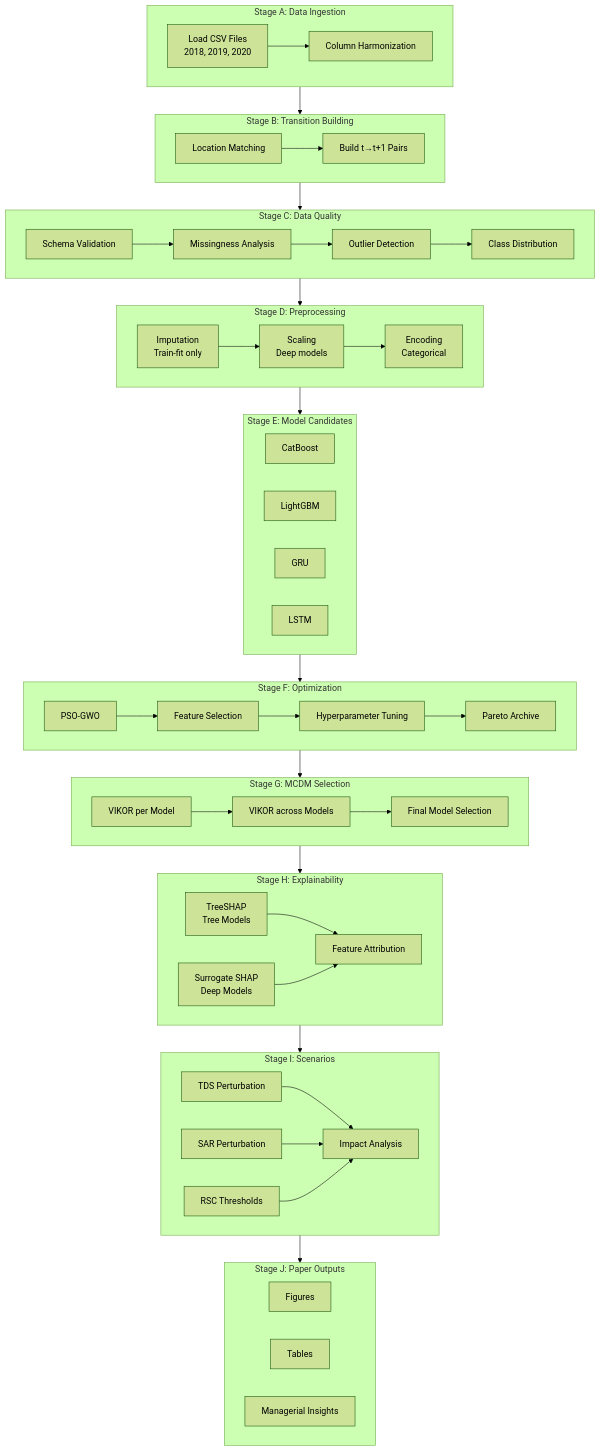
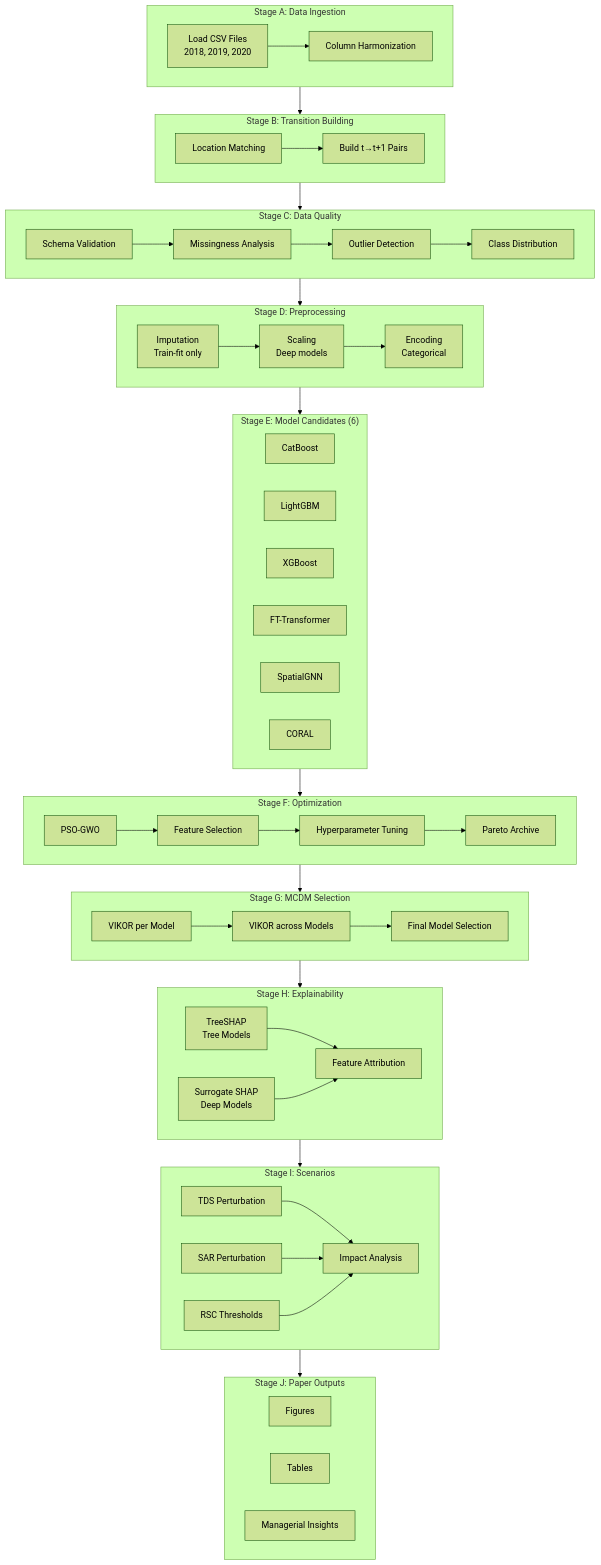
Before and after one commit to Mohsena1990/Decision-Oriented-Forecasting-of-Groundwater-Usability-for-Irrigation-and-Livestock-Management: the diagram in outputs/paper_outputs/figures/F1_flowchart.md, drawn with Mermaid (forest theme). The commit also changed 142 other files, not shown here.

````diff
--- a/outputs/paper_outputs/figures/F1_flowchart.md
+++ b/outputs/paper_outputs/figures/F1_flowchart.md
@@ -2,78 +2,80 @@
 ```mermaid
 flowchart TB
     subgraph Stage_A["Stage A: Data Ingestion"]
         A1[Load CSV Files<br>2018, 2019, 2020]
         A2[Column Harmonization]
         A1 --> A2
     end
 
     subgraph Stage_B["Stage B: Transition Building"]
         B1[Location Matching]
         B2[Build t→t+1 Pairs]
         B1 --> B2
     end
 
     subgraph Stage_C["Stage C: Data Quality"]
         C1[Schema Validation]
         C2[Missingness Analysis]
         C3[Outlier Detection]
         C4[Class Distribution]
         C1 --> C2 --> C3 --> C4
     end
 
     subgraph Stage_D["Stage D: Preprocessing"]
         D1[Imputation<br>Train-fit only]
         D2[Scaling<br>Deep models]
         D3[Encoding<br>Categorical]
         D1 --> D2 --> D3
     end
 
-    subgraph Stage_E["Stage E: Model Candidates"]
+    subgraph Stage_E["Stage E: Model Candidates (6)"]
         E1[CatBoost]
         E2[LightGBM]
-        E3[GRU]
-        E4[LSTM]
+        E3[XGBoost]
+        E4[FT-Transformer]
+        E5[SpatialGNN]
+        E6[CORAL]
     end
 
     subgraph Stage_F["Stage F: Optimization"]
         F1[PSO-GWO]
         F2[Feature Selection]
         F3[Hyperparameter Tuning]
         F4[Pareto Archive]
         F1 --> F2 --> F3 --> F4
     end
 
     subgraph Stage_G["Stage G: MCDM Selection"]
         G1[VIKOR per Model]
         G2[VIKOR across Models]
         G3[Final Model Selection]
         G1 --> G2 --> G3
     end
 
     subgraph Stage_H["Stage H: Explainability"]
         H1[TreeSHAP<br>Tree Models]
         H2[Surrogate SHAP<br>Deep Models]
         H3[Feature Attribution]
         H1 --> H3
         H2 --> H3
     end
 
     subgraph Stage_I["Stage I: Scenarios"]
         I1[TDS Perturbation]
         I2[SAR Perturbation]
         I3[RSC Thresholds]
         I4[Impact Analysis]
         I1 & I2 & I3 --> I4
     end
 
     subgraph Stage_J["Stage J: Paper Outputs"]
         J1[Figures]
         J2[Tables]
         J3[Managerial Insights]
     end
 
     Stage_A --> Stage_B --> Stage_C --> Stage_D
     Stage_D --> Stage_E
     Stage_E --> Stage_F --> Stage_G
     Stage_G --> Stage_H --> Stage_I --> Stage_J
 ```
````
